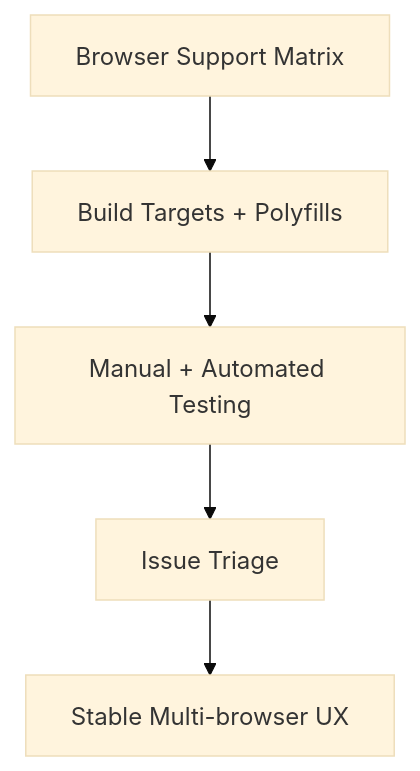
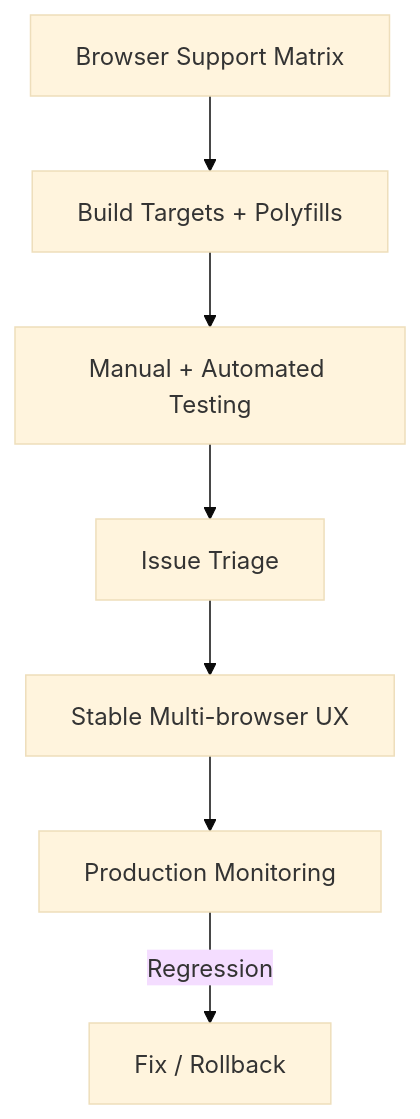
One commit to kaushalkumar8459/CodingTerminal-Tutorial-Notes changed the diagram in tutorial-platform/public/tutorials/react/day-090-browser-compatibility-strategy.md. Above: the diagram before and after it, drawn with Mermaid (base theme). The commit also changed other lines of this file, not shown here.

````diff
--- a/tutorial-platform/public/tutorials/react/day-090-browser-compatibility-strategy.md
+++ b/tutorial-platform/public/tutorials/react/day-090-browser-compatibility-strategy.md
@@ -171,7 +182,9 @@
 ```mermaid
 flowchart TD
 		A[Browser Support Matrix] --> B[Build Targets + Polyfills]
 		B --> C[Manual + Automated Testing]
 		C --> D[Issue Triage]
 		D --> E[Stable Multi-browser UX]
+		E --> F[Production Monitoring]
+		F -->|Regression| G[Fix / Rollback]
 ```
````
